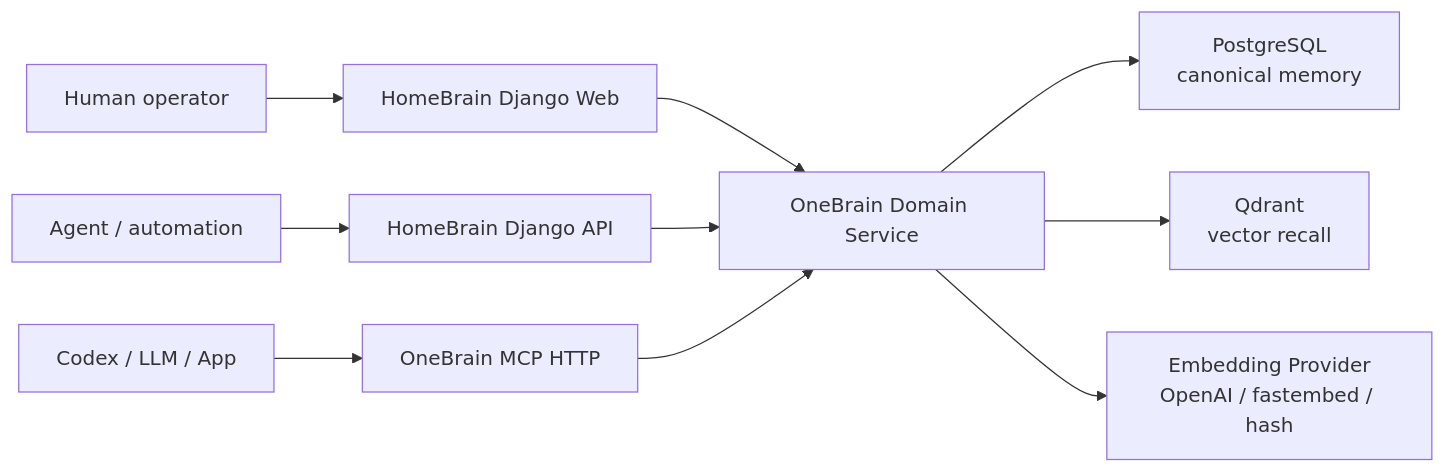
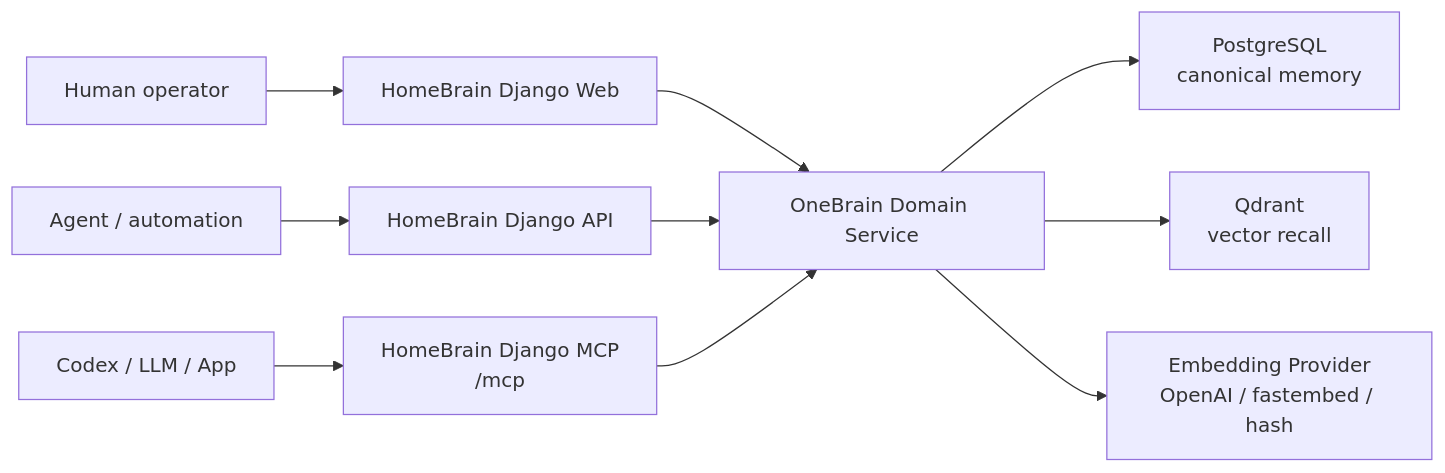
Before and after one commit to viamus/one-brain: the diagram in README.md, drawn with Mermaid. The commit also changed other lines of this file and 47 other files, not shown here.

Commit message:
refactor: host mcp in django

````diff
--- a/README.md
+++ b/README.md
@@ -23,12 +23,12 @@
 ```mermaid
 flowchart LR
-    Client["Codex / LLM / App"] --> MCP["OneBrain MCP HTTP"]
+    Client["Codex / LLM / App"] --> MCP["HomeBrain Django MCP<br/>/mcp"]
     Human["Human operator"] --> Web["HomeBrain Django Web"]
     Integrator["Agent / automation"] --> API["HomeBrain Django API"]
     Web --> Service["OneBrain Domain Service"]
     API --> Service
     MCP --> Service
     Service --> Postgres["PostgreSQL<br/>canonical memory"]
     Service --> Qdrant["Qdrant<br/>vector recall"]
     Service --> Embed["Embedding Provider<br/>OpenAI / fastembed / hash"]
 ```
````
